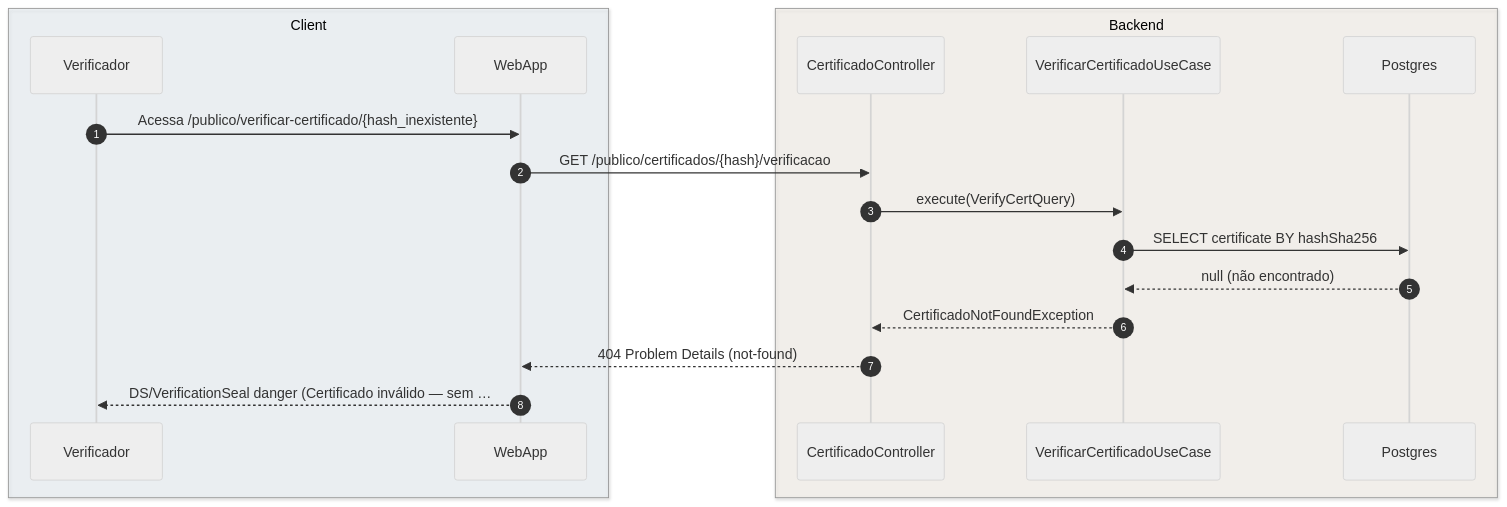
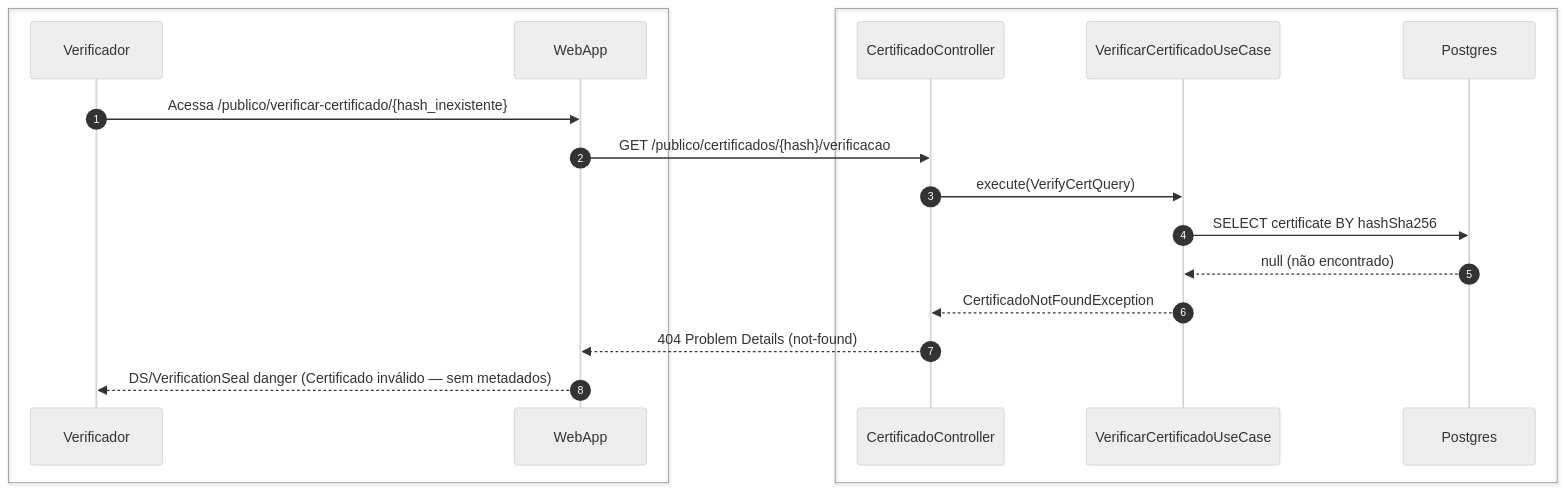
The third of 4 diagrams in foundationDocs/sequenceDiagrams/F0 — Público/US-F0-007-VERIFICAR-CERTIFICADO.md (umishell/secretariaOnline2), drawn with Mermaid (neutral theme) before and after one commit. The commit also changed other lines of this file and 70 other files, not shown here.

First line of the commit message:
Enhance database documentation and introduce new schema files

````diff
--- a/foundationDocs/sequenceDiagrams/F0 — Público/US-F0-007-VERIFICAR-CERTIFICADO.md
+++ b/foundationDocs/sequenceDiagrams/F0 — Público/US-F0-007-VERIFICAR-CERTIFICADO.md
@@ -141,22 +141,22 @@
 ```mermaid
 sequenceDiagram
     autonumber
-    box rgba(230,245,255,0.3) Client
+    box #e8f4fc Cliente
         participant Verificador
         participant WebApp
     end
-    box rgba(255,245,230,0.3) Backend
+    box #fff8ee Servidor
         participant AC as CertificadoController
         participant UC as VerificarCertificadoUseCase
         participant DB as Postgres
     end
 
     Verificador->>WebApp: Acessa /publico/verificar-certificado/{hash_inexistente}
     WebApp->>AC: GET /publico/certificados/{hash}/verificacao
     AC->>UC: execute(VerifyCertQuery)
     UC->>DB: SELECT certificate BY hashSha256
     DB-->>UC: null (não encontrado)
     UC-->>AC: CertificadoNotFoundException
     AC-->>WebApp: 404 Problem Details (not-found)
-    WebApp-->>Verificador: DS/VerificationSeal danger (Certificado inválido — sem …
+    WebApp-->>Verificador: DS/VerificationSeal danger (Certificado inválido — sem metadados)
 ```
````
